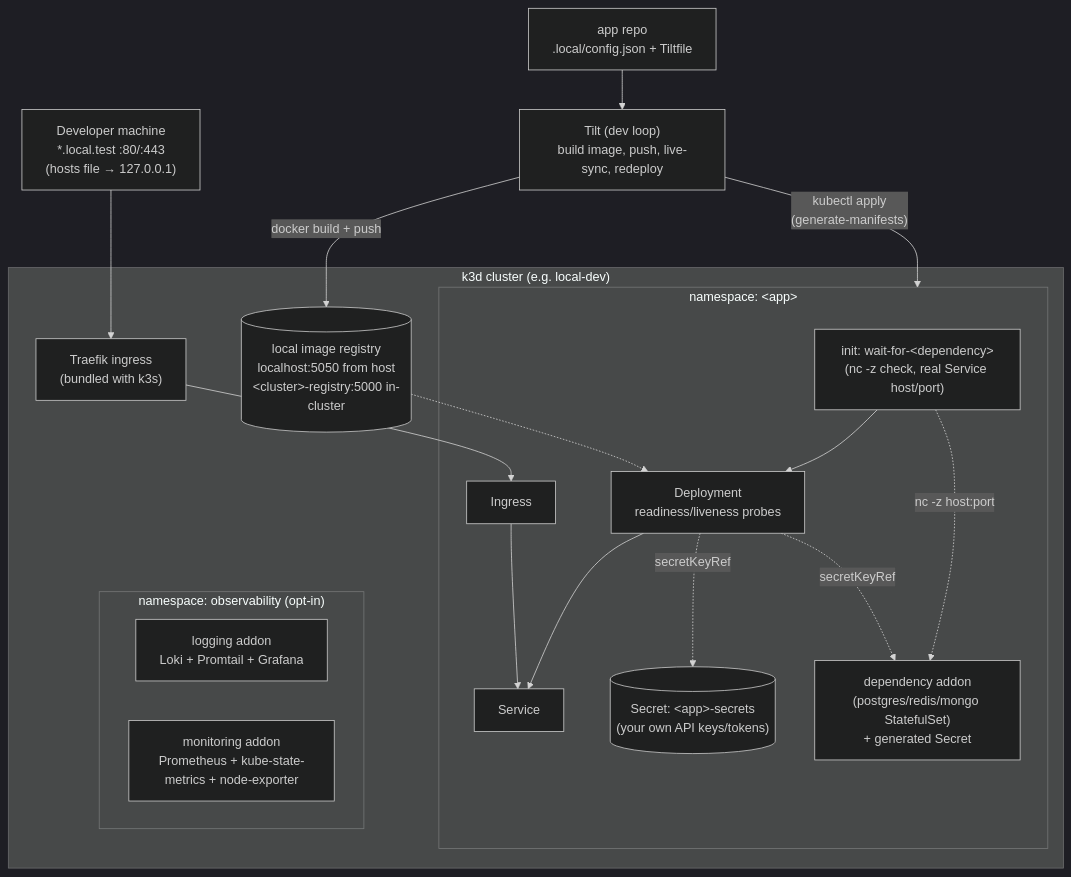
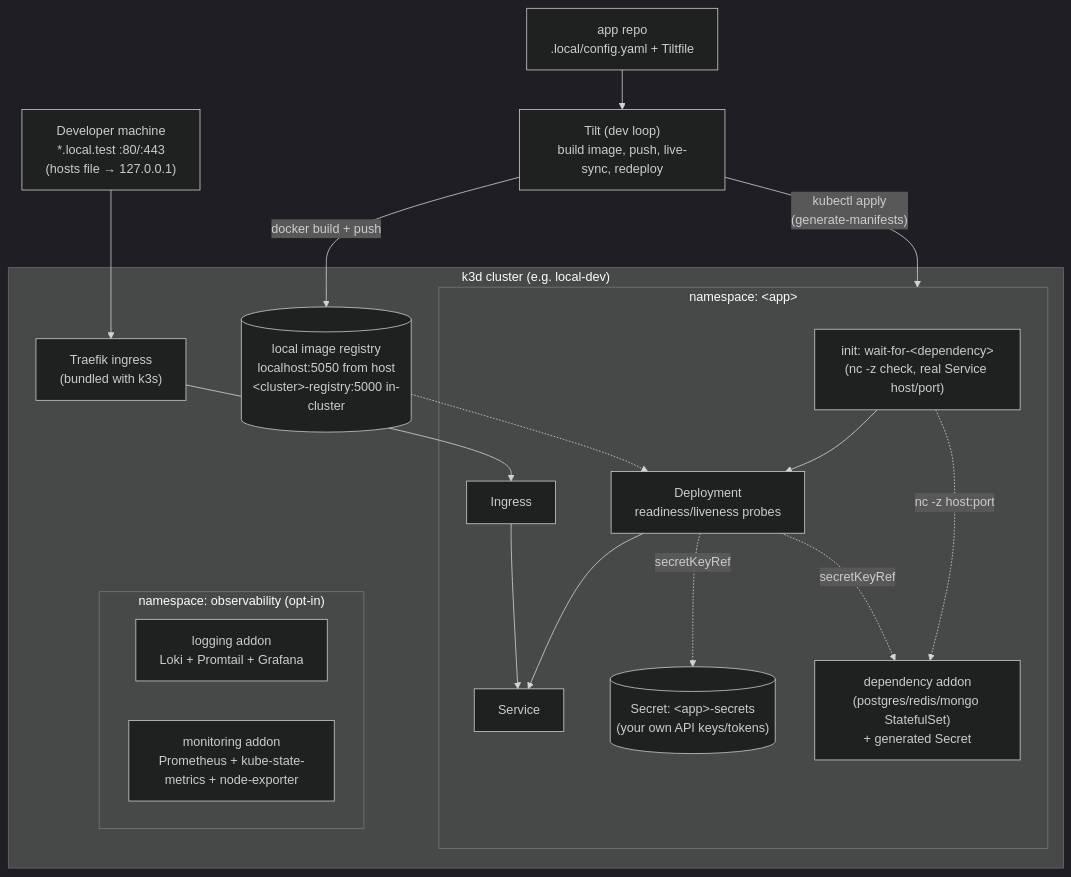
Before and after one commit to psilvmoreira/localctl: the first of 4 diagrams in docs/architecture.md, drawn with Mermaid (dark theme). The commit also changed other lines of this file and 56 other files, not shown here.

Commit message:
feat: move app config to YAML and extend it with ports, ingress, volumes and environments (#30)

````diff
--- a/docs/architecture.md
+++ b/docs/architecture.md
@@ -8,37 +8,37 @@
 ```mermaid
 flowchart TB
     Dev["Developer machine<br/>*.local.test :80/:443<br/>(hosts file → 127.0.0.1)"]
-    ConfigJSON["app repo<br/>.local/config.json + Tiltfile"]
+    ConfigYAML["app repo<br/>.local/config.yaml + Tiltfile"]
     Tilt["Tilt (dev loop)<br/>build image, push, live-sync, redeploy"]
 
     subgraph Cluster["k3d cluster (e.g. local-dev)"]
         Traefik["Traefik ingress<br/>(bundled with k3s)"]
         Registry[("local image registry<br/>localhost:5050 from host<br/>&lt;cluster&gt;-registry:5000 in-cluster")]
 
         subgraph AppNS["namespace: &lt;app&gt;"]
             InitC["init: wait-for-&lt;dependency&gt;<br/>(nc -z check, real Service host/port)"]
             Deploy["Deployment<br/>readiness/liveness probes"]
             Svc["Service"]
             Ing["Ingress"]
             AppSecret[("Secret: &lt;app&gt;-secrets<br/>(your own API keys/tokens)")]
             Dep["dependency addon<br/>(postgres/redis/mongo StatefulSet)<br/>+ generated Secret"]
             InitC --> Deploy
             Deploy --> Svc
             Ing --> Svc
             Deploy -. secretKeyRef .-> AppSecret
             Deploy -. secretKeyRef .-> Dep
             InitC -. "nc -z host:port" .-> Dep
         end
 
         subgraph ObsNS["namespace: observability (opt-in)"]
             Logging["logging addon<br/>Loki + Promtail + Grafana"]
             Monitoring["monitoring addon<br/>Prometheus + kube-state-metrics + node-exporter"]
         end
     end
 
-    ConfigJSON --> Tilt
+    ConfigYAML --> Tilt
     Tilt -- "docker build + push" --> Registry
     Tilt -- "kubectl apply<br/>(generate-manifests)" --> AppNS
     Registry -.-> Deploy
     Dev --> Traefik --> Ing
 ```
````
